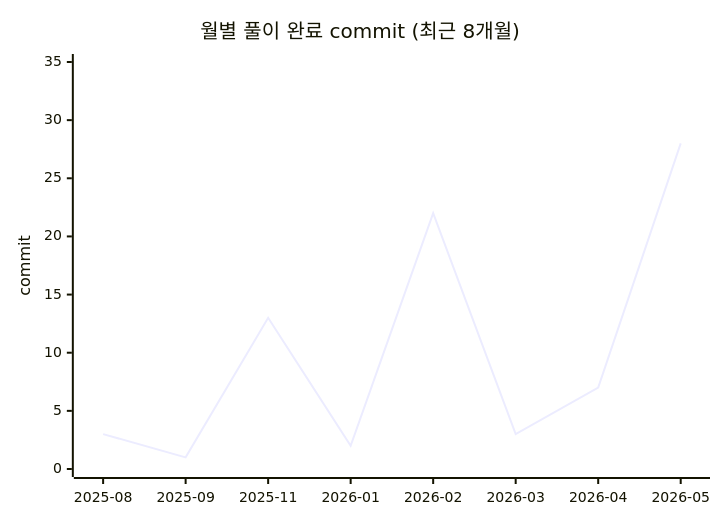
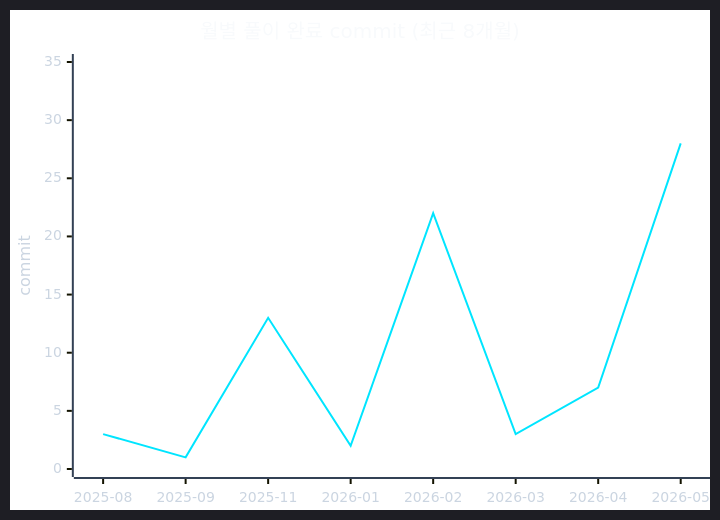
The second of 2 diagrams in readme.md (CHOOSLA/Algorithm), drawn with Mermaid before and after one commit. The commit also changed other lines of this file and 3 other files, not shown here.

````diff
--- a/readme.md
+++ b/readme.md
@@ -55,7 +71,22 @@
 ```mermaid
+---
+config:
+  theme: dark
+  themeVariables:
+    background: '#0d1117'
+    xyChart:
+      titleColor: '#f8fafc'
+      xAxisLabelColor: '#cbd5e1'
+      xAxisTitleColor: '#cbd5e1'
+      xAxisLineColor: '#334155'
+      yAxisLabelColor: '#cbd5e1'
+      yAxisTitleColor: '#cbd5e1'
+      yAxisLineColor: '#334155'
+      plotColorPalette: '#00e5ff'
+---
 xychart-beta
   title "월별 풀이 완료 commit (최근 8개월)"
   x-axis ["2025-08", "2025-09", "2025-11", "2026-01", "2026-02", "2026-03", "2026-04", "2026-05"]
   y-axis "commit" 0 --> 35
   line [3, 1, 13, 2, 22, 3, 7, 28]
 ```
````
